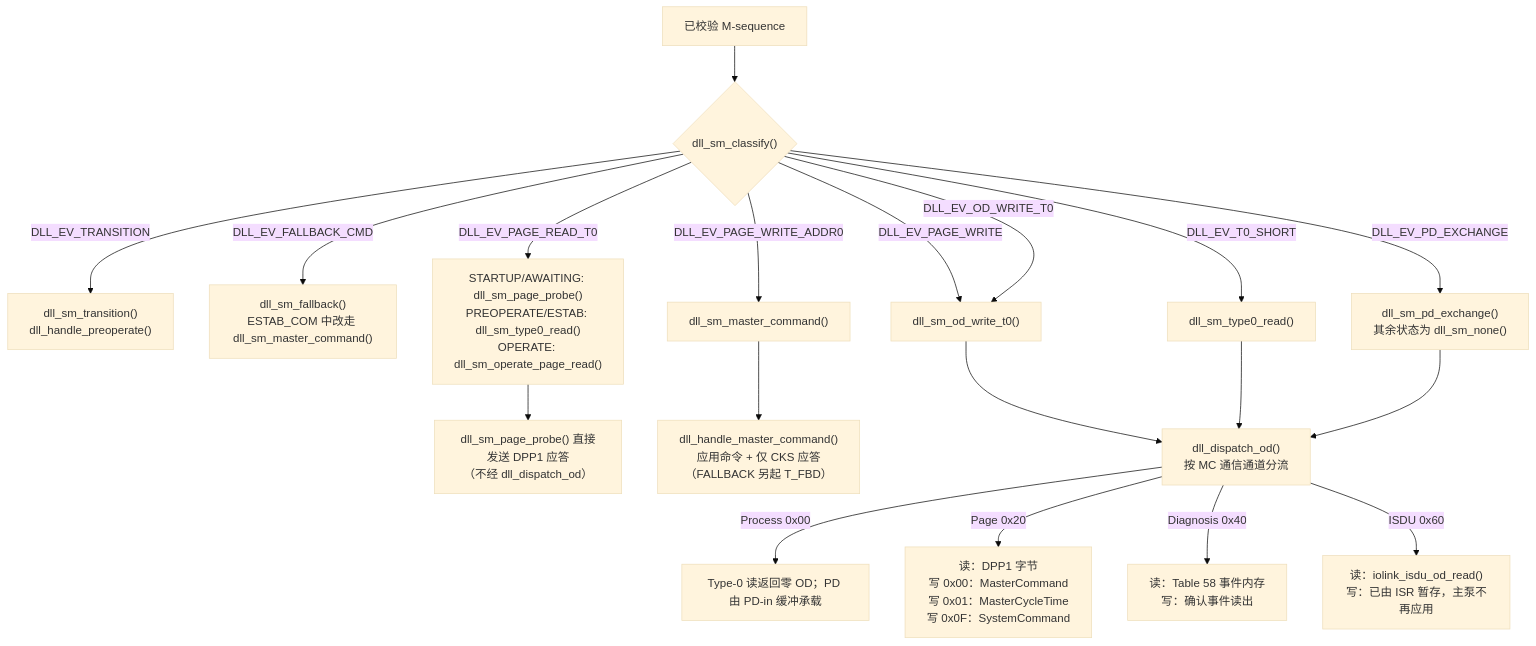
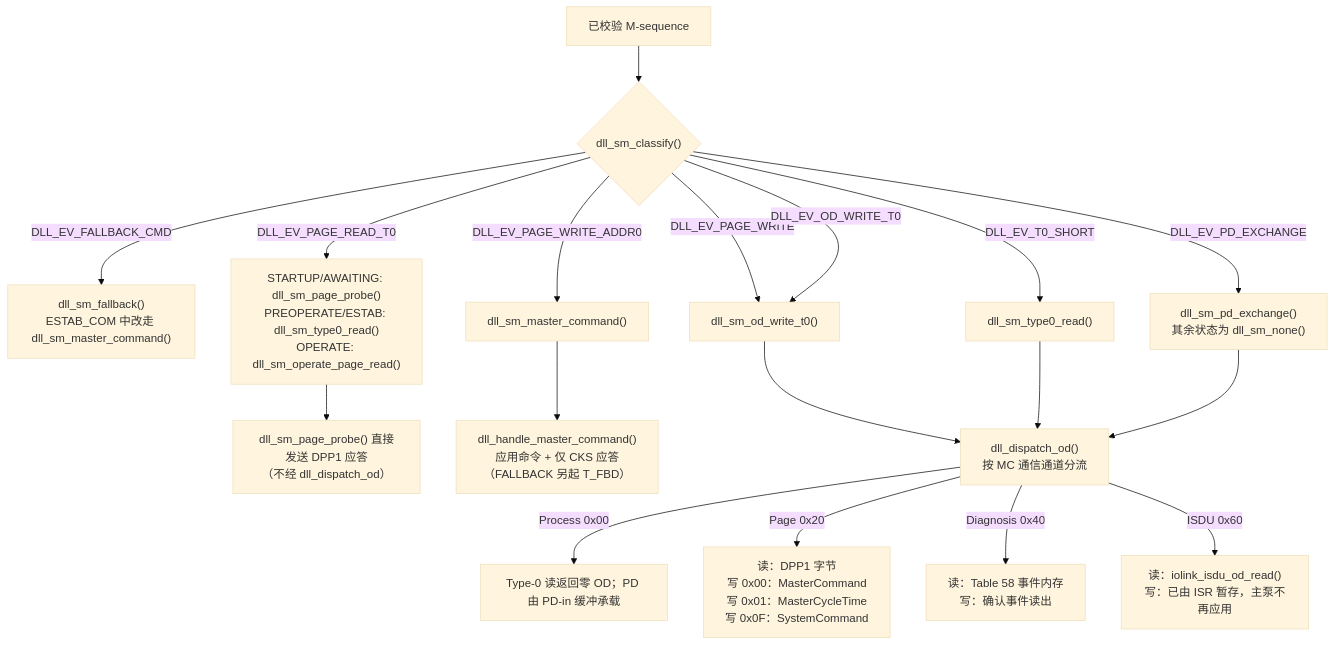
The seventh of 17 diagrams in docs/CODE_FLOW.md (Adlyq/iolinki), drawn with Mermaid (base theme) before and after one commit. The commit also changed other lines of this file and 1 other file, not shown here.

First line of the commit message:
docs: describe only the Table 45 path in the flow document

````diff
--- a/docs/CODE_FLOW.md
+++ b/docs/CODE_FLOW.md
@@ -499,23 +498,22 @@
 ```mermaid
 flowchart TD
     A["已校验 M-sequence"] --> B{"dll_sm_classify()"}
-    B -- "DLL_EV_TRANSITION" --> C1["dll_sm_transition()<br/>dll_handle_preoperate()"]
     B -- "DLL_EV_FALLBACK_CMD" --> C2["dll_sm_fallback()<br/>ESTAB_COM 中改走 dll_sm_master_command()"]
     B -- "DLL_EV_PAGE_READ_T0" --> C3["STARTUP/AWAITING: dll_sm_page_probe()<br/>PREOPERATE/ESTAB: dll_sm_type0_read()<br/>OPERATE: dll_sm_operate_page_read()"]
     B -- "DLL_EV_PAGE_WRITE_ADDR0" --> C4["dll_sm_master_command()"]
     B -- "DLL_EV_PAGE_WRITE" --> C5["dll_sm_od_write_t0()"]
     B -- "DLL_EV_OD_WRITE_T0" --> C5
     B -- "DLL_EV_T0_SHORT" --> C6["dll_sm_type0_read()"]
     B -- "DLL_EV_PD_EXCHANGE" --> C7["dll_sm_pd_exchange()<br/>其余状态为 dll_sm_none()"]
 
     C3 --> R1["dll_sm_page_probe() 直接发送 DPP1 应答<br/>（不经 dll_dispatch_od）"]
     C4 --> M1["dll_handle_master_command()<br/>应用命令 + 仅 CKS 应答<br/>（FALLBACK 另起 T_FBD）"]
     C5 --> D["dll_dispatch_od()<br/>按 MC 通信通道分流"]
     C6 --> D
     C7 --> D
 
     D -- "Process 0x00" --> E1["Type-0 读返回零 OD；PD 由 PD-in 缓冲承载"]
     D -- "Page 0x20" --> E2["读：DPP1 字节<br/>写 0x00：MasterCommand<br/>写 0x01：MasterCycleTime<br/>写 0x0F：SystemCommand"]
     D -- "Diagnosis 0x40" --> E3["读：Table 58 事件内存<br/>写：确认事件读出"]
     D -- "ISDU 0x60" --> E4["读：iolink_isdu_od_read()<br/>写：已由 ISR 暂存，主泵不再应用"]
 ```
````
